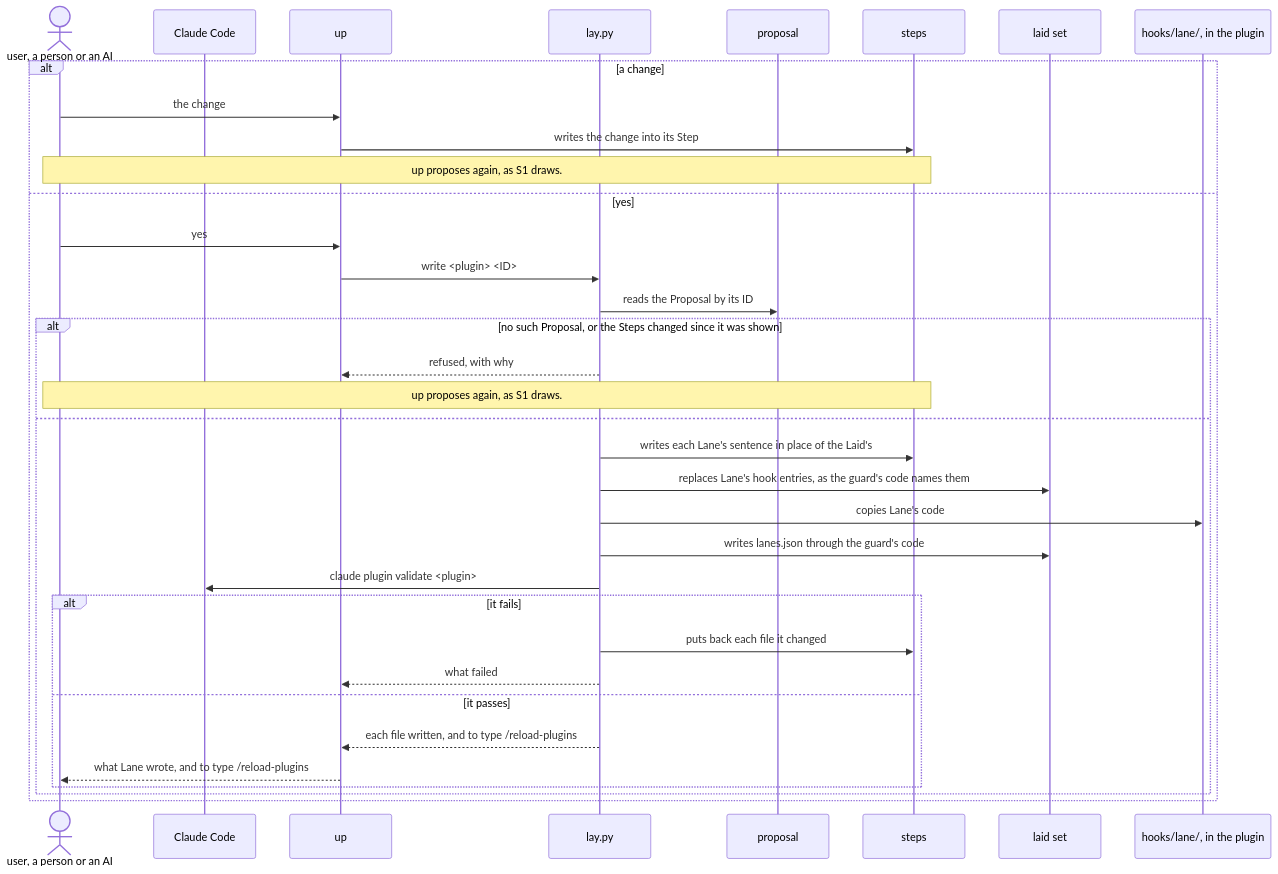
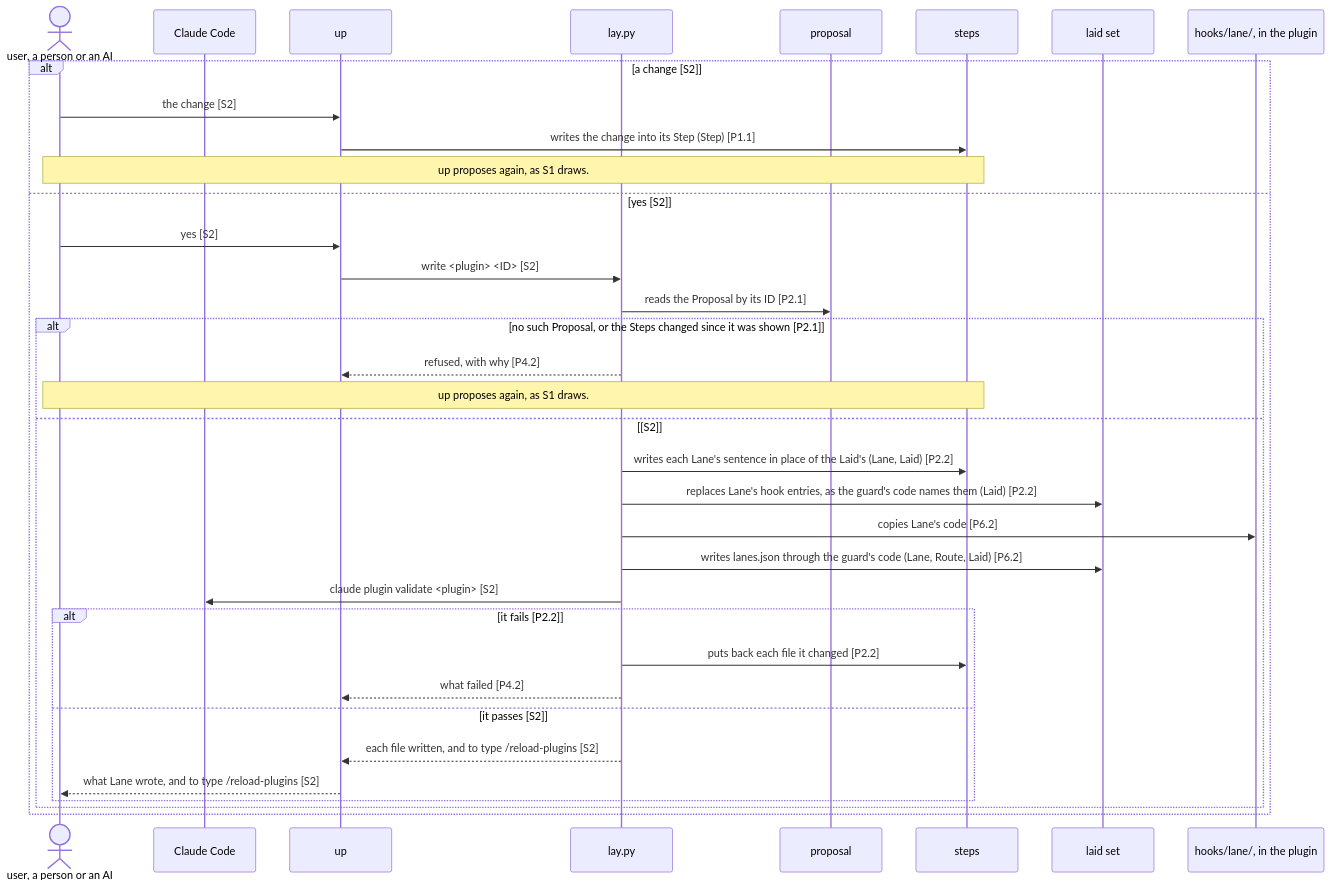
One commit to lovaizu/ccpm changed the second of 6 diagrams in dev/lane/architecture.md. Above: the diagram before and after it, drawn with Mermaid. The commit also changed other lines of this file, not shown here.

````diff
--- a/dev/lane/architecture.md
+++ b/dev/lane/architecture.md
@@ -228,37 +165,37 @@
 ```mermaid
 sequenceDiagram
   actor U as user, a person or an AI
   participant CC as Claude Code
   participant UP as up
   participant L as lay.py
   participant P as proposal
   participant ST as steps
   participant LS as laid set
   participant HL as hooks/lane/, in the plugin
-  alt a change
-    U->>UP: the change
-    UP->>ST: writes the change into its Step
+  alt a change [S2]
+    U->>UP: the change [S2]
+    UP->>ST: writes the change into its Step (Step) [P1.1]
     Note over U,ST: up proposes again, as S1 draws.
-  else yes
-    U->>UP: yes
-    UP->>L: write <plugin> <ID>
-    L->>P: reads the Proposal by its ID
-    alt no such Proposal, or the Steps changed since it was shown
-      L-->>UP: refused, with why
+  else yes [S2]
+    U->>UP: yes [S2]
+    UP->>L: write <plugin> <ID> [S2]
+    L->>P: reads the Proposal by its ID [P2.1]
+    alt no such Proposal, or the Steps changed since it was shown [P2.1]
+      L-->>UP: refused, with why [P4.2]
       Note over U,ST: up proposes again, as S1 draws.
-    else
-      L->>ST: writes each Lane's sentence in place of the Laid's
-      L->>LS: replaces Lane's hook entries, as the guard's code names them
-      L->>HL: copies Lane's code
-      L->>LS: writes lanes.json through the guard's code
-      L->>CC: claude plugin validate <plugin>
-      alt it fails
-        L->>ST: puts back each file it changed
-        L-->>UP: what failed
-      else it passes
-        L-->>UP: each file written, and to type /reload-plugins
-        UP-->>U: what Lane wrote, and to type /reload-plugins
+    else [S2]
+      L->>ST: writes each Lane's sentence in place of the Laid's (Lane, Laid) [P2.2]
+      L->>LS: replaces Lane's hook entries, as the guard's code names them (Laid) [P2.2]
+      L->>HL: copies Lane's code [P6.2]
+      L->>LS: writes lanes.json through the guard's code (Lane, Route, Laid) [P6.2]
+      L->>CC: claude plugin validate <plugin> [S2]
+      alt it fails [P2.2]
+        L->>ST: puts back each file it changed [P2.2]
+        L-->>UP: what failed [P4.2]
+      else it passes [S2]
+        L-->>UP: each file written, and to type /reload-plugins [S2]
+        UP-->>U: what Lane wrote, and to type /reload-plugins [S2]
       end
     end
   end
 ```
````
